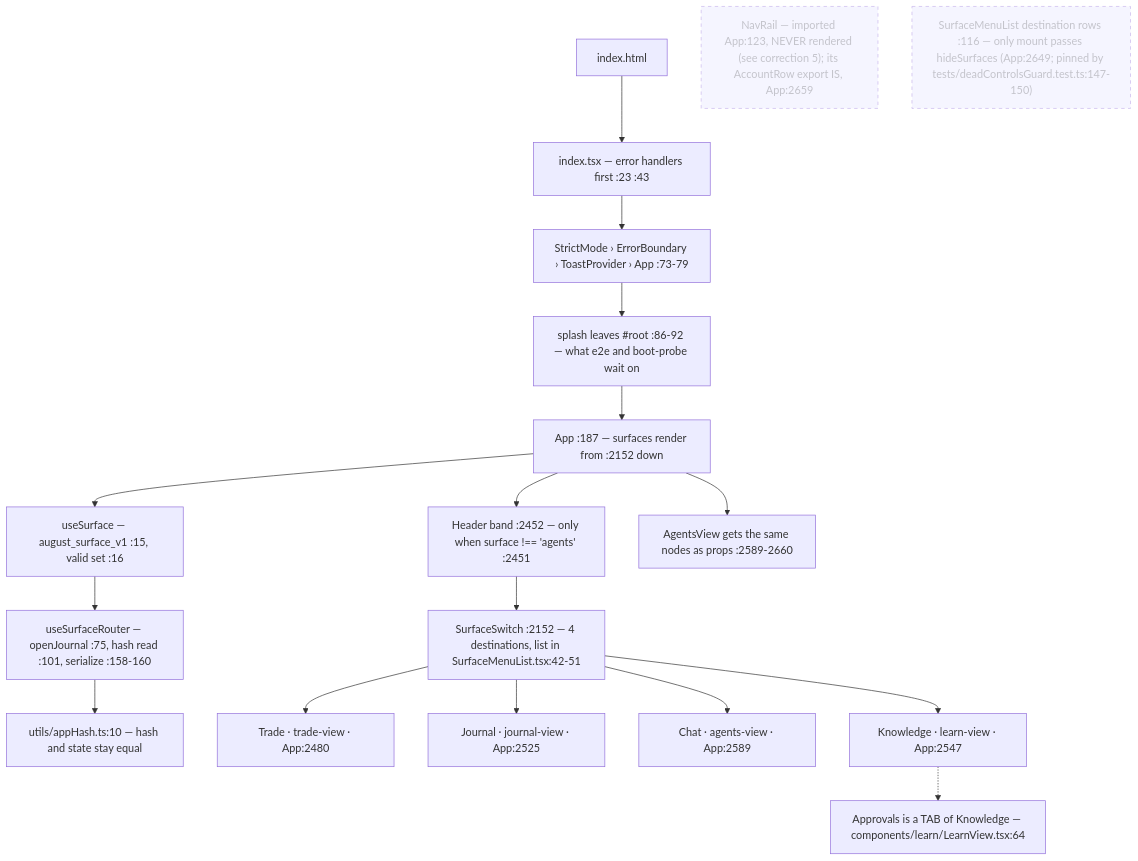
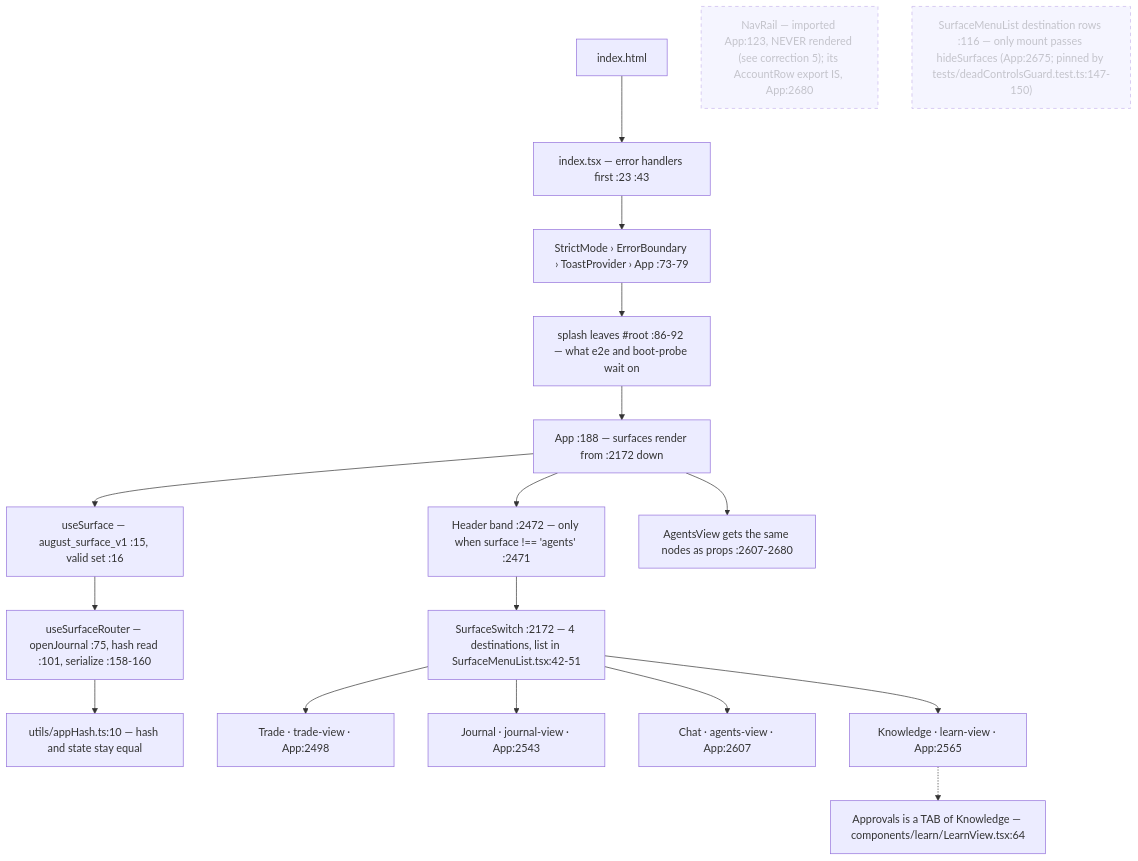
The first of 7 diagrams in docs/app-flow.md (Acepay25/august-3.5), drawn with Mermaid before and after one commit. The commit also changed other lines of this file and 2 other files, not shown here.

First line of the commit message:
docs(app-flow): re-measure both flow docs against the stage-20 tree

````diff
--- a/docs/app-flow.md
+++ b/docs/app-flow.md
@@ -18,21 +20,21 @@
 ```mermaid
 flowchart TD
     H["index.html"] --> I["index.tsx — error handlers first :23 :43"]
     I --> S["StrictMode › ErrorBoundary › ToastProvider › App :73-79"]
     S --> SP["splash leaves #root :86-92 — what e2e and boot-probe wait on"]
-    SP --> APP["App :187 — surfaces render from :2152 down"]
+    SP --> APP["App :188 — surfaces render from :2172 down"]
     APP --> US["useSurface — august_surface_v1 :15, valid set :16"]
     US --> UR["useSurfaceRouter — openJournal :75, hash read :101, serialize :158-160"]
     UR --> HASH["utils/appHash.ts:10 — hash and state stay equal"]
-    APP --> HD["Header band :2452 — only when surface !== 'agents' :2451"]
-    HD --> SW["SurfaceSwitch :2152 — 4 destinations, list in SurfaceMenuList.tsx:42-51"]
-    APP --> AV["AgentsView gets the same nodes as props :2589-2660"]
-    SW --> T["Trade · trade-view · App:2480"]
-    SW --> J["Journal · journal-view · App:2525"]
-    SW --> C["Chat · agents-view · App:2589"]
-    SW --> K["Knowledge · learn-view · App:2547"]
+    APP --> HD["Header band :2472 — only when surface !== 'agents' :2471"]
+    HD --> SW["SurfaceSwitch :2172 — 4 destinations, list in SurfaceMenuList.tsx:42-51"]
+    APP --> AV["AgentsView gets the same nodes as props :2607-2680"]
+    SW --> T["Trade · trade-view · App:2498"]
+    SW --> J["Journal · journal-view · App:2543"]
+    SW --> C["Chat · agents-view · App:2607"]
+    SW --> K["Knowledge · learn-view · App:2565"]
     K -.-> AP["Approvals is a TAB of Knowledge — components/learn/LearnView.tsx:64"]
-    NR["NavRail — imported App:123, NEVER rendered (see correction 5); its AccountRow export IS, App:2659"]:::dead
-    SM["SurfaceMenuList destination rows :116 — only mount passes hideSurfaces (App:2649; pinned by tests/deadControlsGuard.test.ts:147-150)"]:::dead
+    NR["NavRail — imported App:123, NEVER rendered (see correction 5); its AccountRow export IS, App:2680"]:::dead
+    SM["SurfaceMenuList destination rows :116 — only mount passes hideSurfaces (App:2675; pinned by tests/deadControlsGuard.test.ts:147-150)"]:::dead
     classDef dead stroke-dasharray: 5 5,opacity:.5
 ```
````
